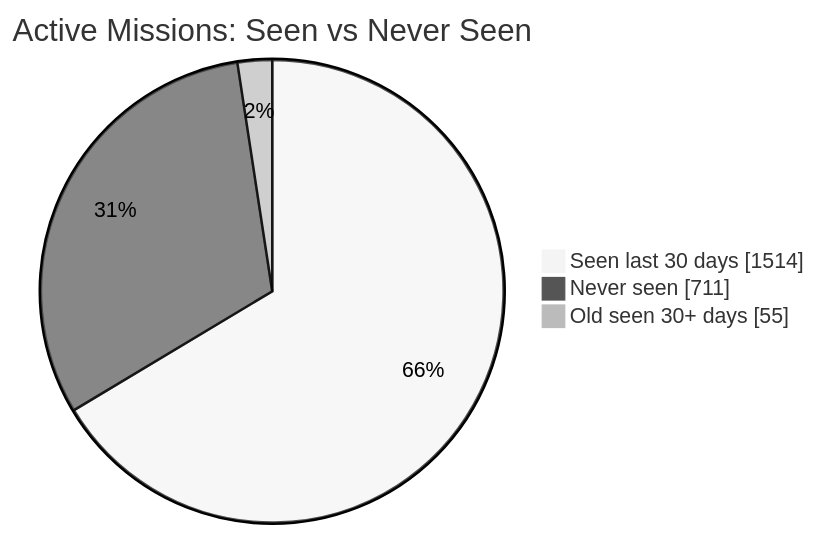
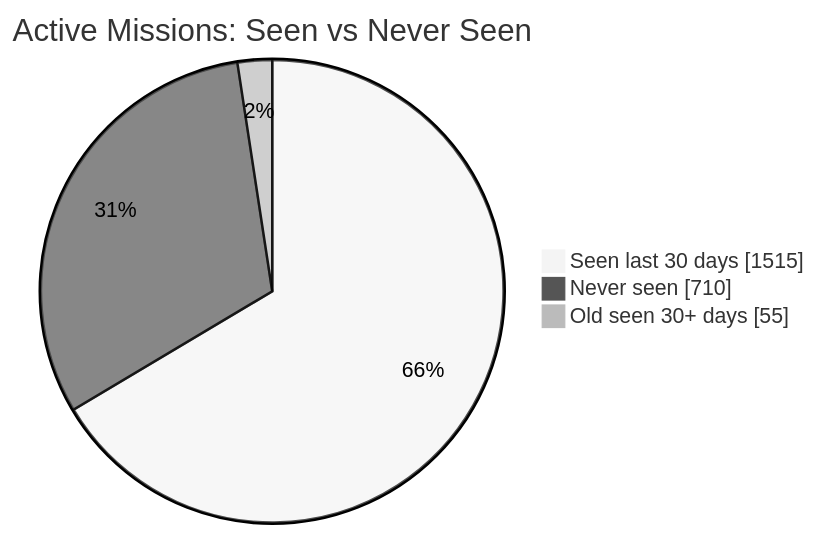
Before and after one commit to MeldkamerspelGameTeam/active-missions: the first of 2 diagrams in README.md, drawn with Mermaid (neutral theme). The commit also changed other lines of this file and 2 other files, not shown here.

````diff
--- a/README.md
+++ b/README.md
@@ -34,7 +34,7 @@
 ```mermaid
 pie showData
     title Active Missions: Seen vs Never Seen
-    "Seen last 30 days" : 1514
-    "Never seen" : 711
+    "Seen last 30 days" : 1515
+    "Never seen" : 710
     "Old seen 30+ days" : 55
 ```
````
